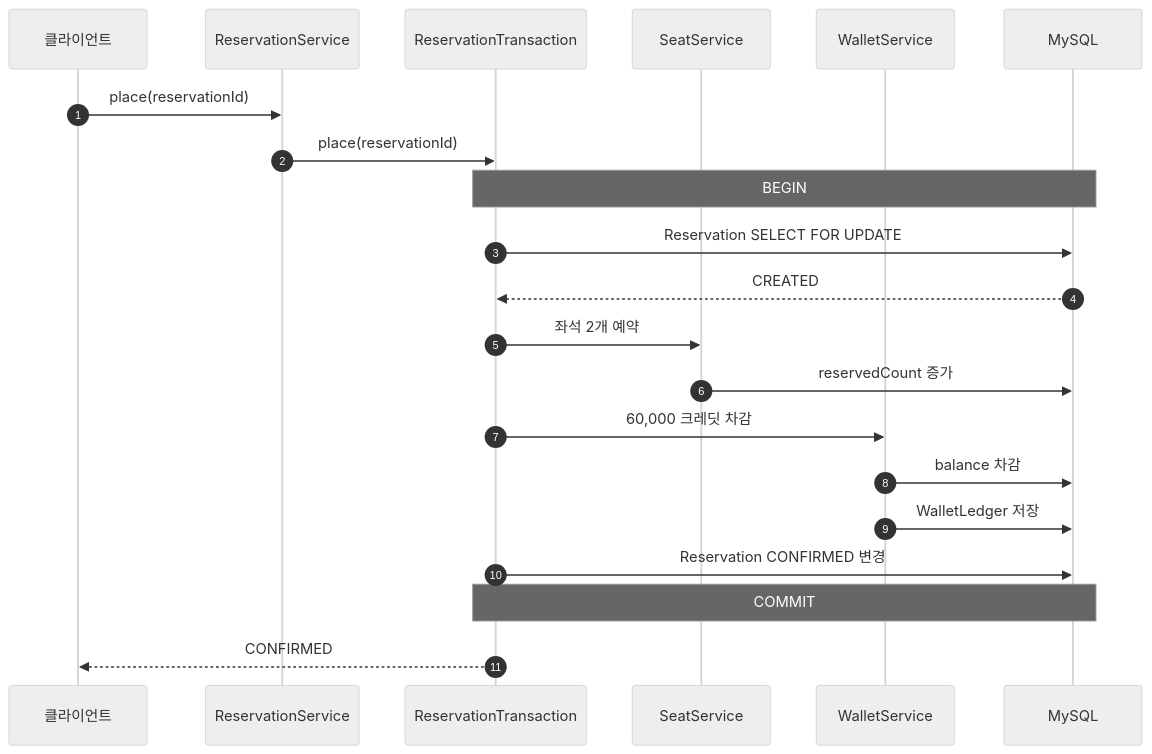
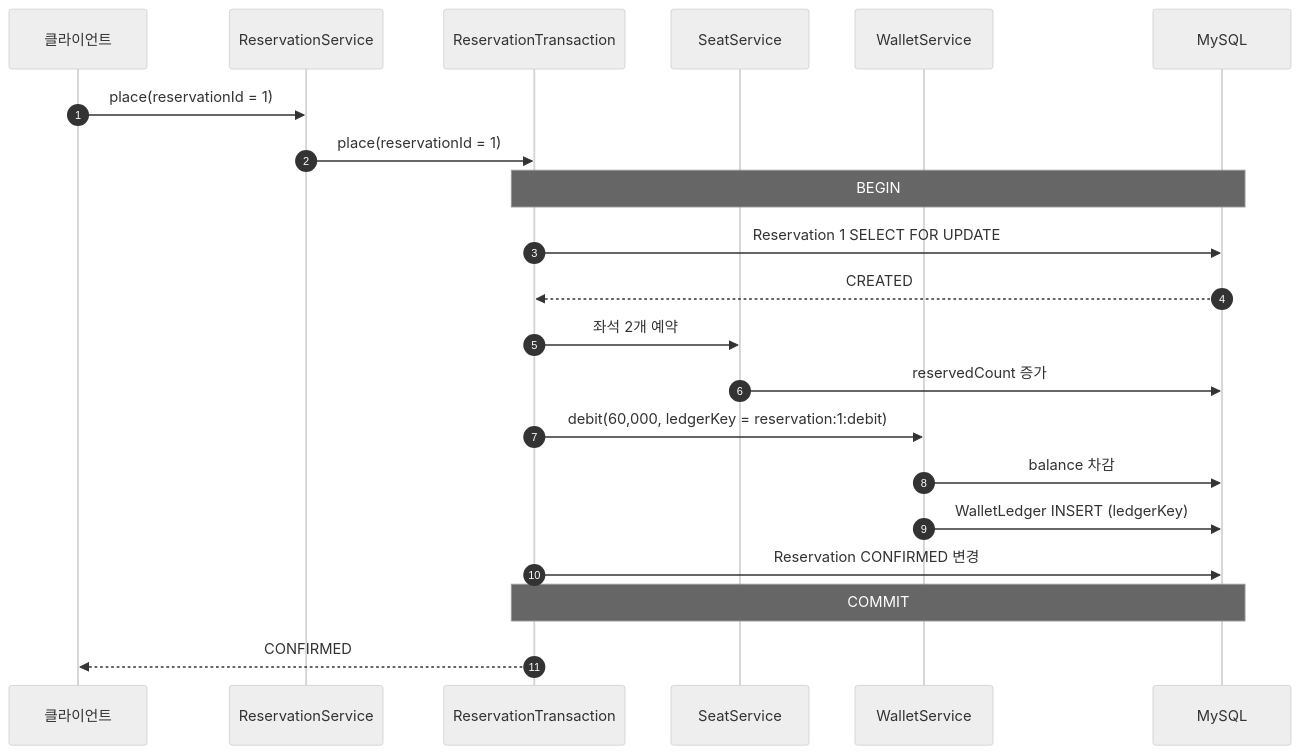
Before and after one commit to HJC96/deep-dive: the third of 5 diagrams in labs/distributed-transaction-monolith/README.md, drawn with Mermaid (neutral theme). The commit also changed other lines of this file and 81 other files, not shown here.

````diff
--- a/labs/distributed-transaction-monolith/README.md
+++ b/labs/distributed-transaction-monolith/README.md
@@ -75,24 +89,24 @@
 ```mermaid
 sequenceDiagram
     autonumber
     participant Client as 클라이언트
     participant Service as ReservationService
     participant Transaction as ReservationTransaction
     participant Seat as SeatService
     participant Wallet as WalletService
     participant DB as MySQL
 
-    Client->>Service: place(reservationId)
-    Service->>Transaction: place(reservationId)
+    Client->>Service: place(reservationId = 1)
+    Service->>Transaction: place(reservationId = 1)
     Note over Transaction,DB: BEGIN
-    Transaction->>DB: Reservation SELECT FOR UPDATE
+    Transaction->>DB: Reservation 1 SELECT FOR UPDATE
     DB-->>Transaction: CREATED
     Transaction->>Seat: 좌석 2개 예약
     Seat->>DB: reservedCount 증가
-    Transaction->>Wallet: 60,000 크레딧 차감
+    Transaction->>Wallet: debit(60,000, ledgerKey = reservation:1:debit)
     Wallet->>DB: balance 차감
-    Wallet->>DB: WalletLedger 저장
+    Wallet->>DB: WalletLedger INSERT (ledgerKey)
     Transaction->>DB: Reservation CONFIRMED 변경
     Note over Transaction,DB: COMMIT
     Transaction-->>Client: CONFIRMED
 ```
````
